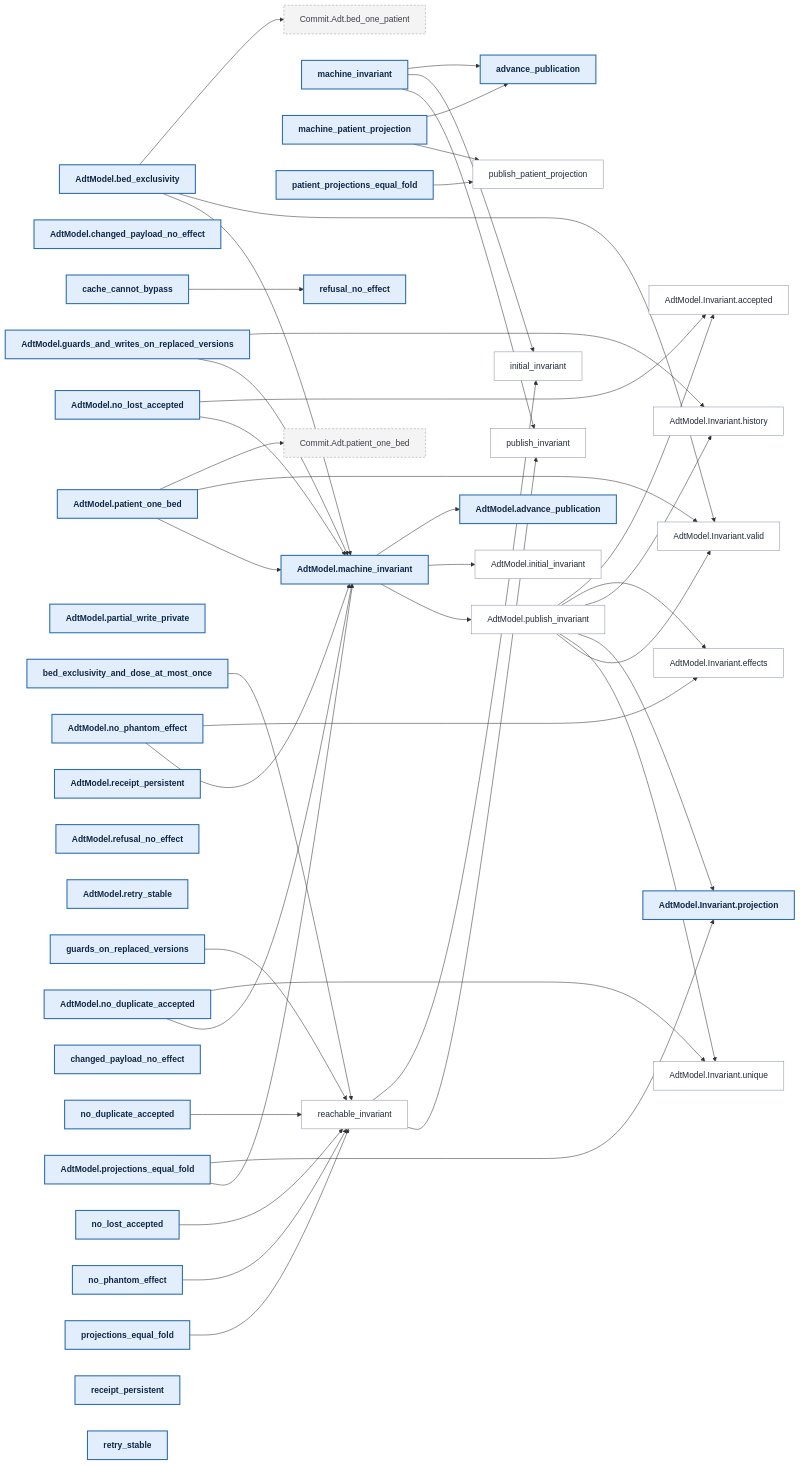
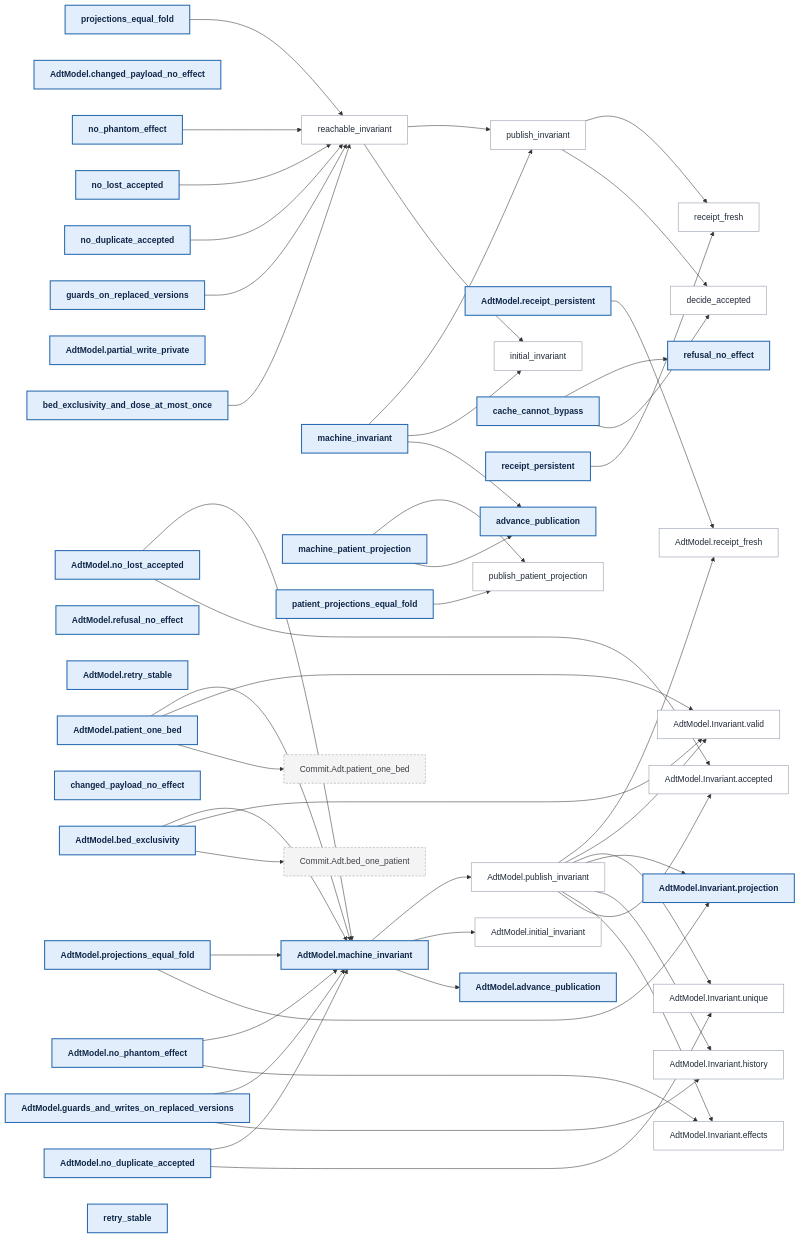
Before and after one commit to saithat/VGI-Health: the seventh of 9 diagrams in docs/proof-map.md, drawn with Mermaid. The commit also changed other lines of this file and 15 other files, not shown here.

```diff
--- a/docs/proof-map.md
+++ b/docs/proof-map.md
@@ -681,10 +781,13 @@
   n36["AdtModel.Invariant.valid"]:::lemma
   n37["AdtModel.initial_invariant"]:::lemma
   n38["AdtModel.publish_invariant"]:::lemma
-  n39["initial_invariant"]:::lemma
-  n40["publish_invariant"]:::lemma
-  n41["publish_patient_projection"]:::lemma
-  n42["reachable_invariant"]:::lemma
+  n39["AdtModel.receipt_fresh"]:::lemma
+  n40["decide_accepted"]:::lemma
+  n41["initial_invariant"]:::lemma
+  n42["publish_invariant"]:::lemma
+  n43["publish_patient_projection"]:::lemma
+  n44["reachable_invariant"]:::lemma
+  n45["receipt_fresh"]:::lemma
   n2 --> n30
   n2 --> n36
   n2 --> n5
@@ -704,27 +807,33 @@
   n10 --> n5
   n11 --> n0
   n11 --> n5
-  n16 --> n42
+  n12 --> n39
+  n16 --> n44
+  n17 --> n40
   n17 --> n28
-  n19 --> n42
+  n19 --> n44
   n20 --> n15
-  n20 --> n39
-  n20 --> n40
+  n20 --> n41
+  n20 --> n42
   n21 --> n15
-  n21 --> n41
-  n22 --> n42
-  n23 --> n42
-  n24 --> n42
-  n25 --> n41
-  n26 --> n42
+  n21 --> n43
+  n22 --> n44
+  n23 --> n44
+  n24 --> n44
+  n25 --> n43
+  n26 --> n44
+  n27 --> n45
   n38 --> n32
   n38 --> n33
   n38 --> n34
   n38 --> n0
   n38 --> n35
   n38 --> n36
-  n42 --> n39
+  n38 --> n39
   n42 --> n40
+  n42 --> n45
+  n44 --> n41
+  n44 --> n42
   classDef head fill:#e3eefc,stroke:#2b6cb0,stroke-width:2px,color:#0f2747,font-weight:bold
   classDef lemma fill:#ffffff,stroke:#8a94a6,color:#1f2937
   classDef other fill:#f4f4f5,stroke:#a1a1aa,stroke-dasharray:4 3,color:#3f3f46
```
